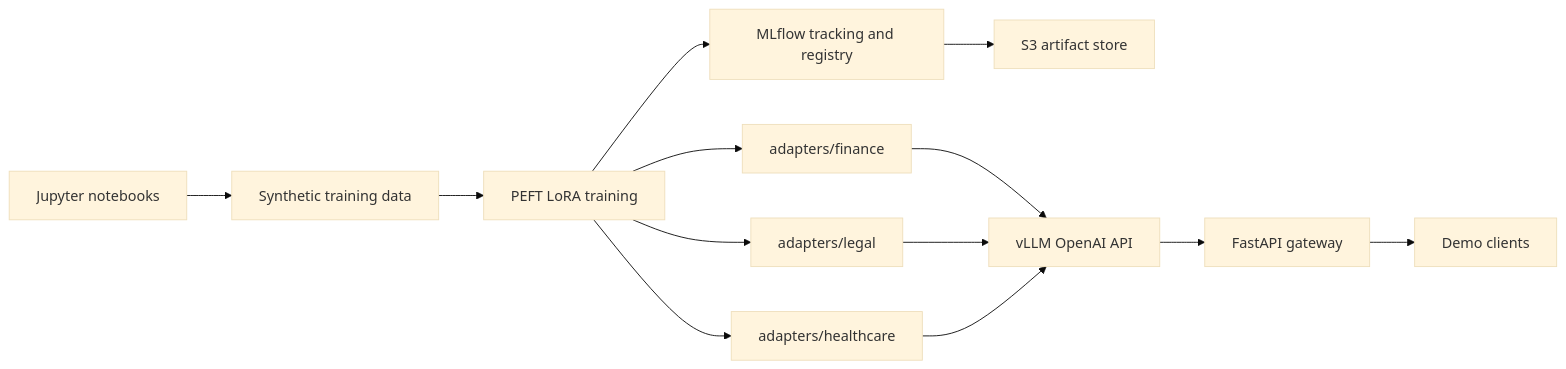
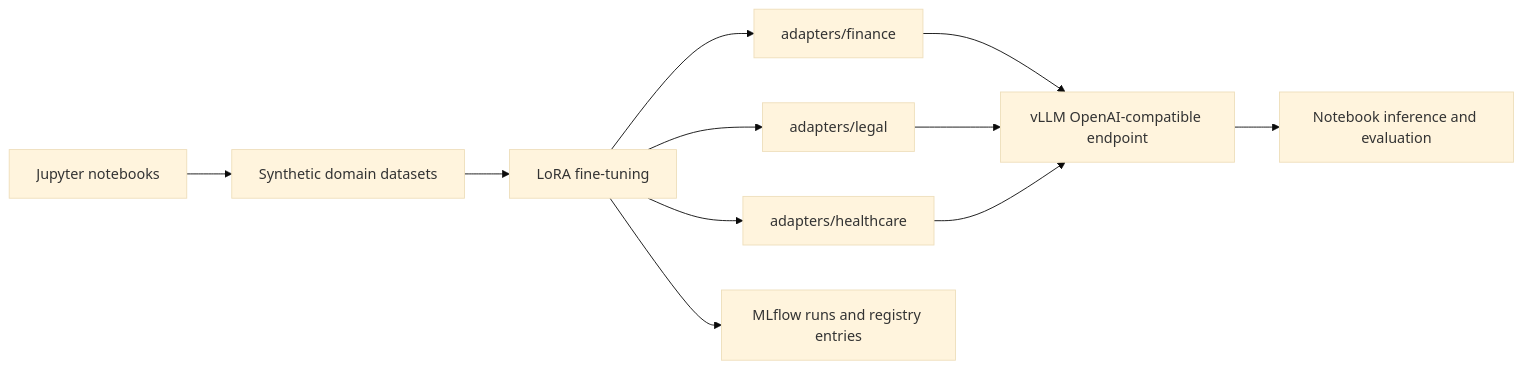
One commit to Vincent-Charbonnier/llmops-demo changed the diagram in README.md. Above: the diagram before and after it, drawn with Mermaid (base theme). The commit also changed other lines of this file, not shown here.

````diff
--- a/README.md
+++ b/README.md
@@ -7,15 +9,13 @@
 ```mermaid
 flowchart LR
-    A[Jupyter notebooks] --> B[Synthetic training data]
-    B --> C[PEFT LoRA training]
+    A[Jupyter notebooks] --> B[Synthetic domain datasets]
+    B --> C[LoRA fine-tuning]
     C --> D[adapters/finance]
     C --> E[adapters/legal]
     C --> F[adapters/healthcare]
-    C --> G[MLflow tracking and registry]
-    G --> H[S3 artifact store]
-    D --> I[vLLM OpenAI API]
-    E --> I
-    F --> I
-    I --> J[FastAPI gateway]
-    J --> K[Demo clients]
+    C --> G[MLflow runs and registry entries]
+    D --> H[vLLM OpenAI-compatible endpoint]
+    E --> H
+    F --> H
+    H --> I[Notebook inference and evaluation]
 ```
````
